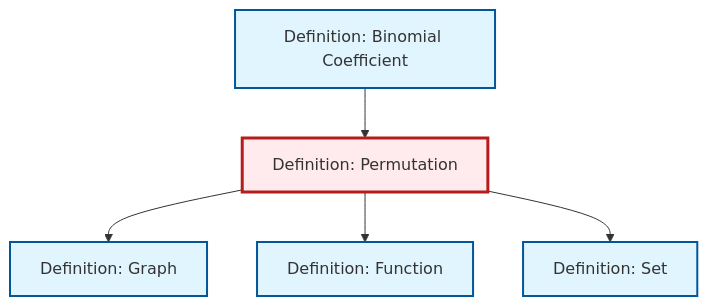
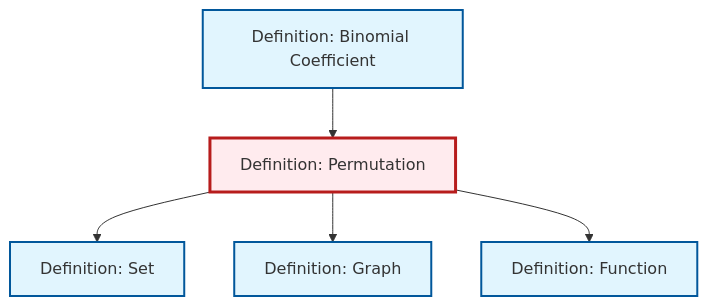
Before and after one commit to RK0429/ModernMath: the diagram in content/en/combinatorics/def-permutation.qmd, drawn with Mermaid. The commit also changed other lines of this file and 1069 other files, not shown here.

````diff
--- a/content/en/combinatorics/def-permutation.qmd
+++ b/content/en/combinatorics/def-permutation.qmd
@@ -53,23 +53,23 @@
 ```{mermaid}
 %%| fig-cap: "Local dependency graph"
 graph TD
     classDef definition fill:#e1f5fe,stroke:#01579b,stroke-width:2px
     classDef theorem fill:#f3e5f5,stroke:#4a148c,stroke-width:2px
     classDef axiom fill:#fff3e0,stroke:#e65100,stroke-width:2px
     classDef example fill:#e8f5e9,stroke:#1b5e20,stroke-width:2px
     classDef current fill:#ffebee,stroke:#b71c1c,stroke-width:3px
+    def-graph["Definition: Graph"]:::definition
     def-set["Definition: Set"]:::definition
+    def-function["Definition: Function"]:::definition
     def-binomial-coefficient["Definition: Binomial Coefficient"]:::definition
-    def-graph["Definition: Graph"]:::definition
     def-permutation["Definition: Permutation"]:::definition
-    def-function["Definition: Function"]:::definition
-    def-binomial-coefficient --> def-permutation
+    def-permutation --> def-set
     def-permutation --> def-graph
     def-permutation --> def-function
-    def-permutation --> def-set
+    def-binomial-coefficient --> def-permutation
     class def-permutation current
+    click def-graph "def-graph.html" "Go to Graph definition"
     click def-set "def-set.html" "Go to Set definition"
+    click def-function "def-function.html" "Go to Function definition"
     click def-binomial-coefficient "def-binomial-coefficient.html" "Go to Binomial Coefficient definition"
-    click def-graph "def-graph.html" "Go to Graph definition"
-    click def-function "def-function.html" "Go to Function definition"
 ```
````
